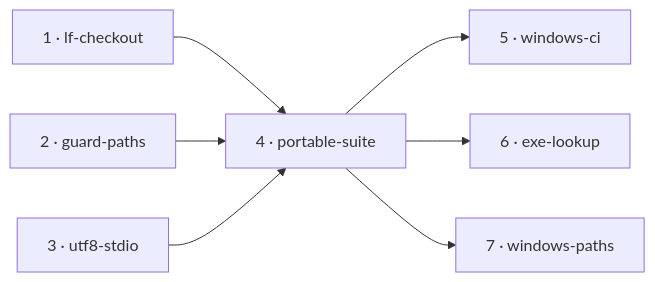
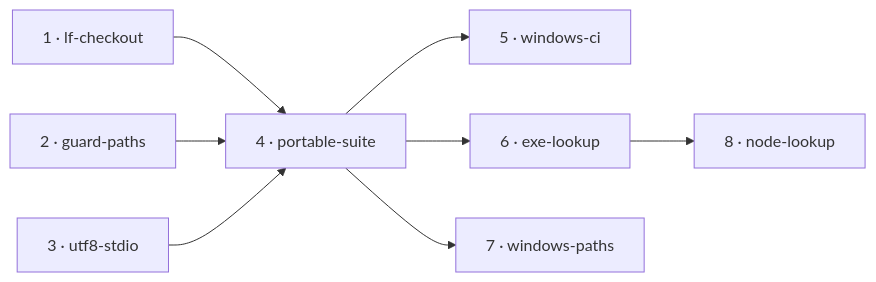
Before and after one commit to dzaffren/claude-plugin: the second of 2 diagrams in docs/specs/os-agnostic-suite/shape.md, drawn with Mermaid. The commit also changed other lines of this file and 16 other files, not shown here.

````diff
--- a/docs/specs/os-agnostic-suite/shape.md
+++ b/docs/specs/os-agnostic-suite/shape.md
@@ -36,9 +36,10 @@
 ```mermaid
 flowchart LR
     S1["1 · lf-checkout"] --> S4["4 · portable-suite"]
     S2["2 · guard-paths"] --> S4
     S3["3 · utf8-stdio"] --> S4
     S4 --> S5["5 · windows-ci"]
     S4 --> S6["6 · exe-lookup"]
     S4 --> S7["7 · windows-paths"]
+    S6 --> S8["8 · node-lookup"]
 ```
````
